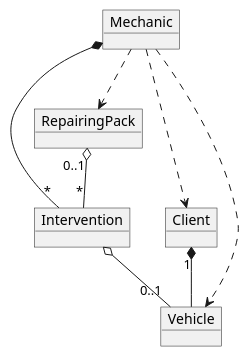
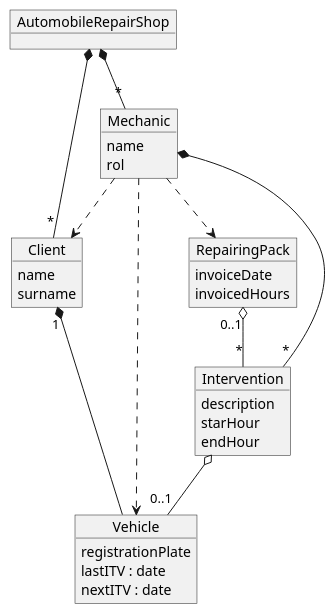
The diagram in documentation/0domainmodel/puml/domainModel.puml (Ruskab/agrimManager), drawn with PlantUML before and after one commit. The commit also changed 20 other files, not shown here.

```diff
--- a/documentation/0domainmodel/puml/domainModel.puml
+++ b/documentation/0domainmodel/puml/domainModel.puml
@@ -1,15 +1,38 @@
 @startuml
-object Mechanic
-object Intervention
-object Client
-object Vehicle
-object RepairingPack
+object AutomobileRepairShop
+object Mechanic {
+    name
+    rol
+}
+object Intervention {
+    description
+    starHour
+    endHour
+}
+object Client {
+    name
+    surname
 
+}
+object Vehicle {
+    registrationPlate
+    lastITV : date
+    nextITV : date
+
+}
+object RepairingPack {
+    invoiceDate
+    invoicedHours
+}
+
+
+AutomobileRepairShop *-- "*" Mechanic
+AutomobileRepairShop *-- "*" Client
 Mechanic *-- "*" Intervention
 Mechanic ..> Vehicle
 Mechanic ..> RepairingPack
 Mechanic ..> Client
 Client "1" *-down- Vehicle
 RepairingPack "0..1" o-- "*" Intervention
 Intervention o-- "0..1" Vehicle
 @enduml
```
